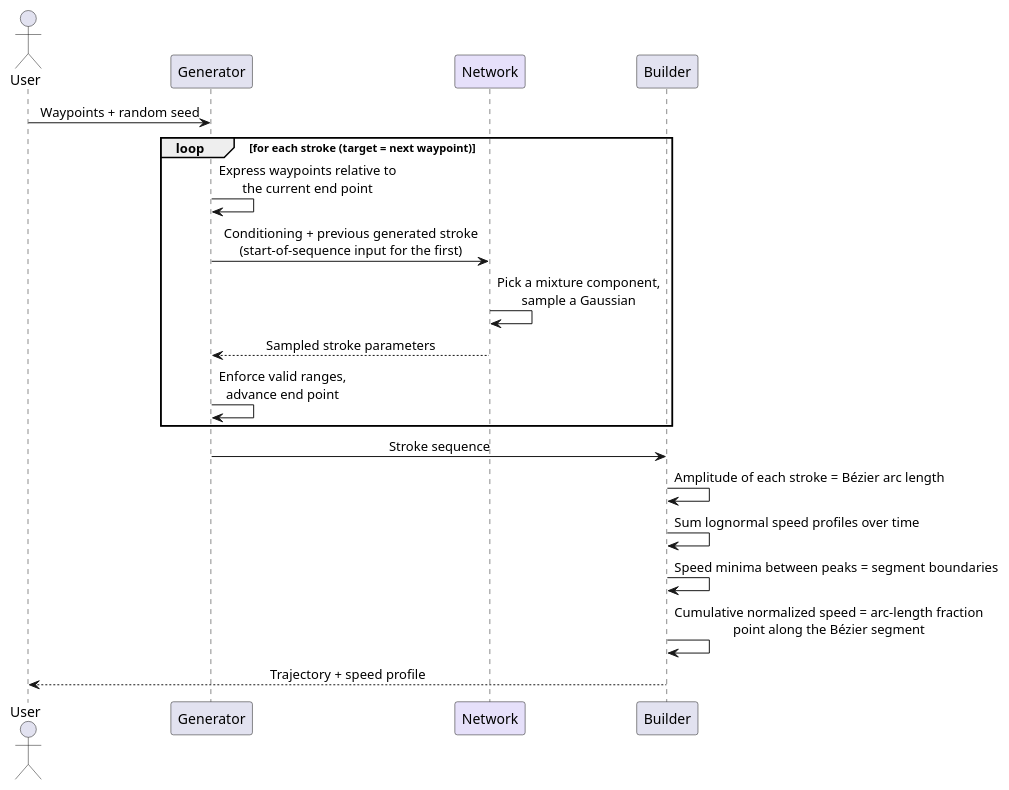
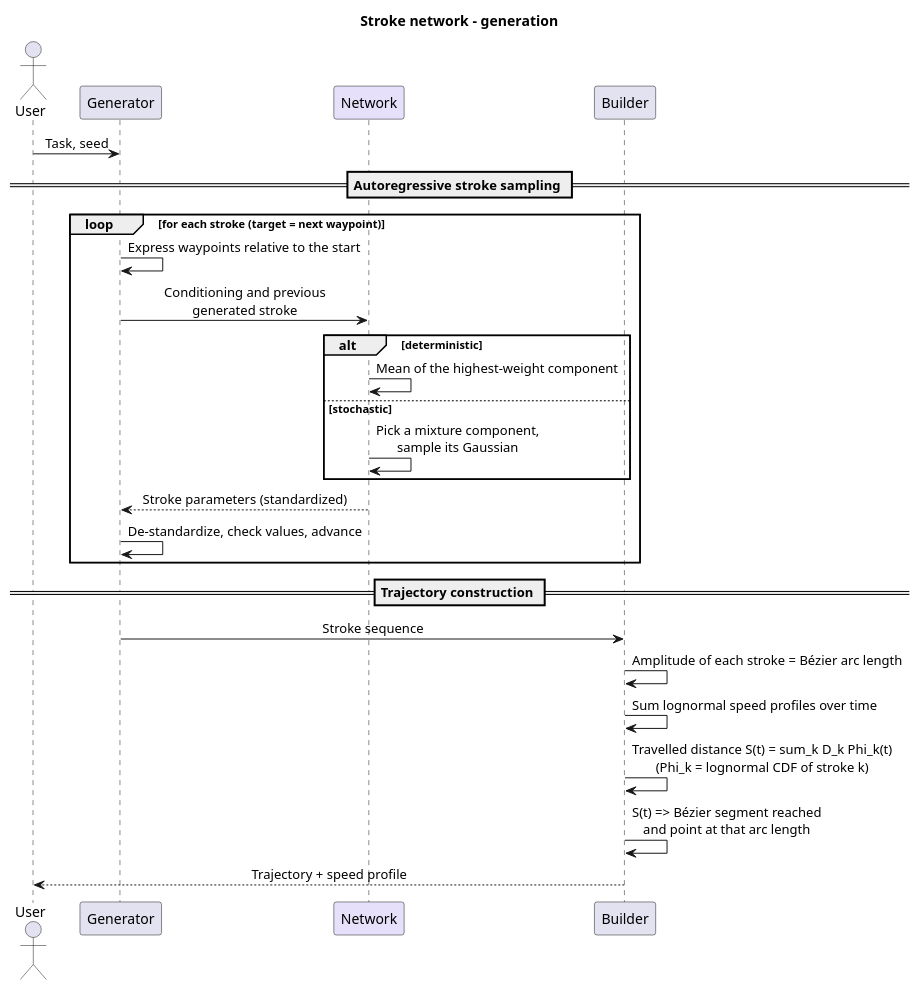
Before and after one commit to Dacu02/master_thesis_data_analysis: the diagram in data/framework/diagrams/stroke_network_generation.puml, drawn with PlantUML. The commit also changed 1 other file, not shown here.

Commit message:
diagrams

```diff
--- a/data/framework/diagrams/stroke_network_generation.puml
+++ b/data/framework/diagrams/stroke_network_generation.puml
@@ -1,27 +1,34 @@
 @startuml stroke_network_generation
+title Stroke network - generation
 
 skinparam sequenceMessageAlign center
 skinparam responseMessageBelowArrow true
 
 actor "User" as U
 participant "Generator" as G
 participant "Network" as N #E6E0FA
 participant "Builder" as B
 
-U -> G : Waypoints + random seed
+U -> G : Task, seed
 
+== Autoregressive stroke sampling ==
 loop for each stroke (target = next waypoint)
-  G -> G : Express waypoints relative to\nthe current end point
-  G -> N : Conditioning + previous generated stroke\n(start-of-sequence input for the first)
-  N -> N : Pick a mixture component,\nsample a Gaussian
-  N --> G : Sampled stroke parameters
-  G -> G : Enforce valid ranges,\nadvance end point
+  G -> G : Express waypoints relative to the start
+  G -> N : Conditioning and previous\ngenerated stroke
+  alt deterministic
+    N -> N : Mean of the highest-weight component
+  else stochastic
+    N -> N : Pick a mixture component,\nsample its Gaussian
+  end
+  N --> G : Stroke parameters (standardized)
+  G -> G : De-standardize, check values, advance
 end
 
+== Trajectory construction ==
 G -> B : Stroke sequence
 B -> B : Amplitude of each stroke = Bézier arc length
 B -> B : Sum lognormal speed profiles over time
-B -> B : Speed minima between peaks = segment boundaries
-B -> B : Cumulative normalized speed = arc-length fraction\npoint along the Bézier segment
+B -> B : Travelled distance S(t) = sum_k D_k Phi_k(t)\n(Phi_k = lognormal CDF of stroke k)
+B -> B : S(t) => Bézier segment reached\nand point at that arc length
 B --> U : Trajectory + speed profile
 @enduml
```
